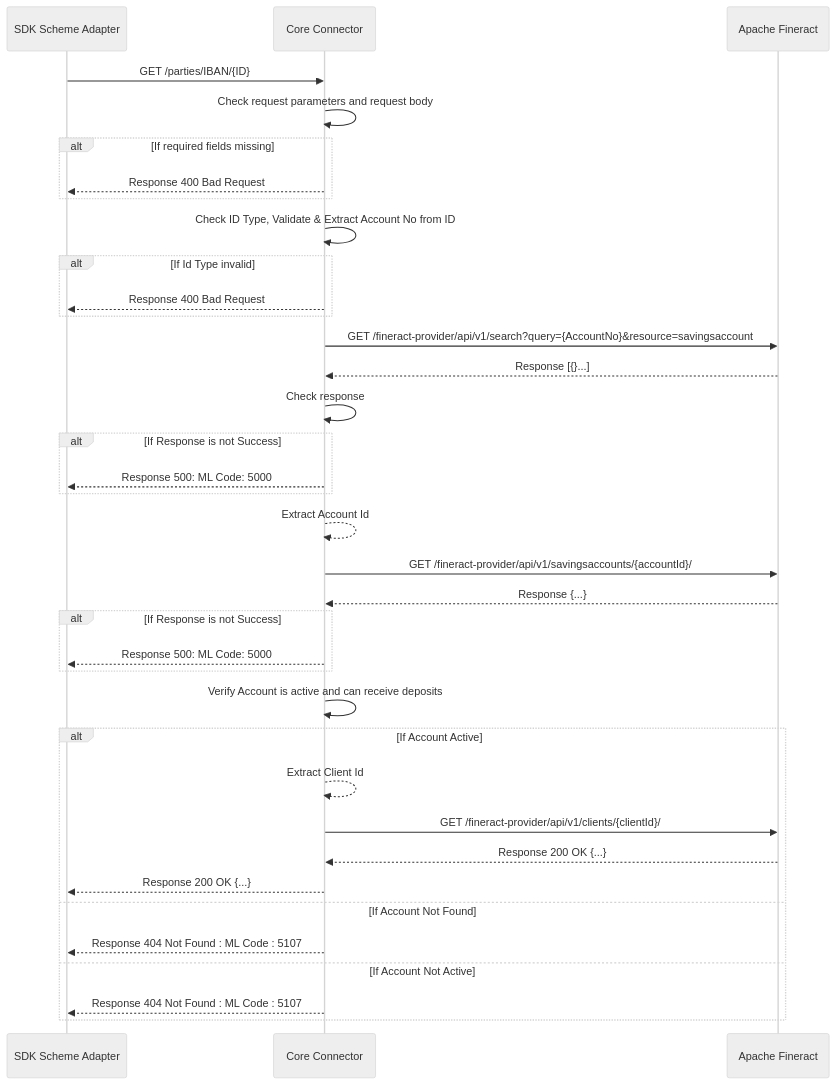
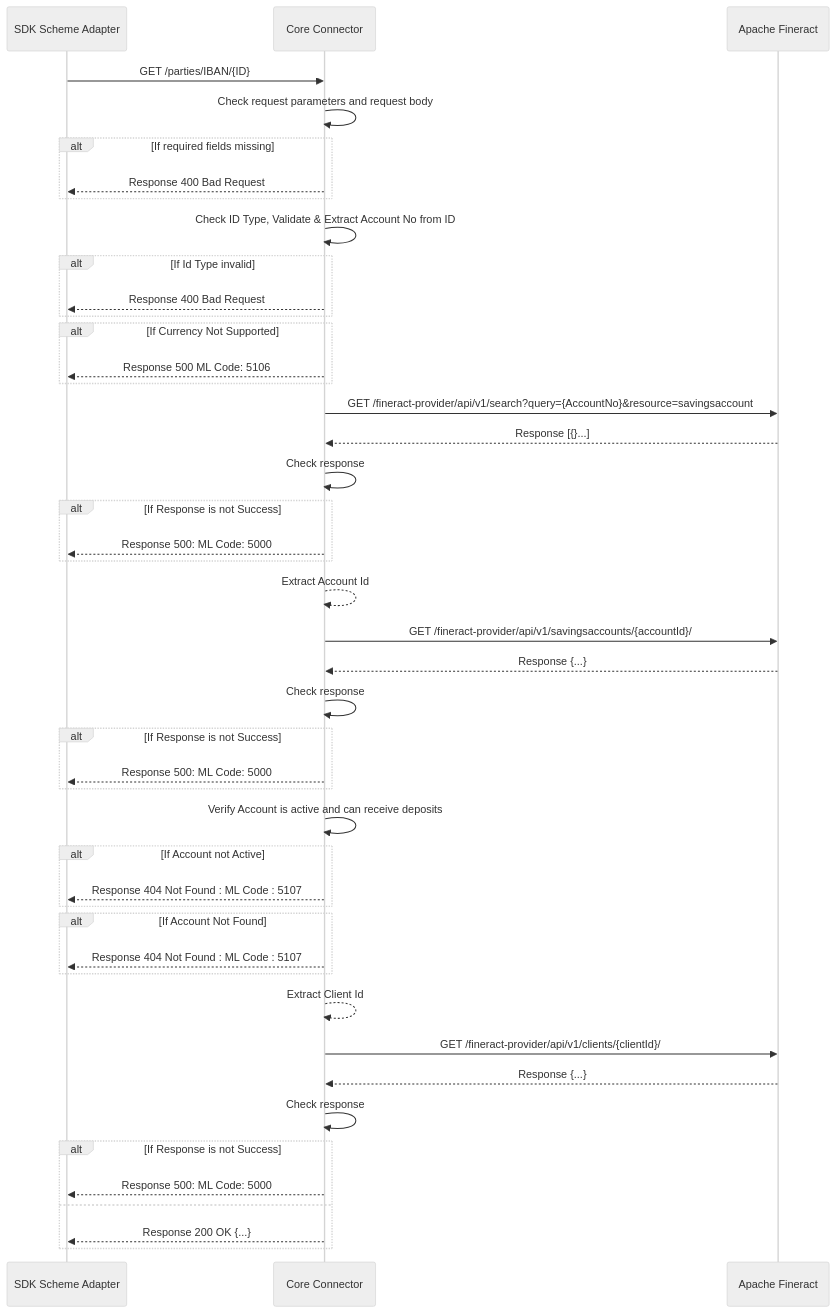
One commit to mojaloop/mifos-core-connector-docs changed the diagram in docs/PayeeGetParties.md. Above: the diagram before and after it, drawn with Mermaid (neutral theme).

````diff
--- a/docs/PayeeGetParties.md
+++ b/docs/PayeeGetParties.md
@@ -3,35 +3,46 @@
 ```mermaid
 sequenceDiagram
     SDK Scheme Adapter->>Core Connector: GET /parties/IBAN/{ID}
     Core Connector ->> Core Connector: Check request parameters and request body
     Alt If required fields missing
     Core Connector-->>SDK Scheme Adapter: Response 400 Bad Request
     End
     Core Connector->>Core Connector: Check ID Type, Validate & Extract Account No from ID
     Alt If Id Type invalid
     Core Connector-->>SDK Scheme Adapter: Response 400 Bad Request
     End
+    Alt If Currency Not Supported
+    Core Connector -->> SDK Scheme Adapter: Response 500 ML Code: 5106
+    End
     Core Connector->>Apache Fineract: GET /fineract-provider/api/v1/search?query={AccountNo}&resource=savingsaccount
     Apache Fineract-->>Core Connector: Response [{}...]
     Core Connector ->> Core Connector: Check response
     Alt If Response is not Success
     Core Connector -->> SDK Scheme Adapter: Response 500: ML Code: 5000
     End
     Core Connector-->>Core Connector: Extract Account Id
     Core Connector->>Apache Fineract: GET /fineract-provider/api/v1/savingsaccounts/{accountId}/
     Apache Fineract-->>Core Connector: Response {...}
+    Core Connector ->> Core Connector: Check response
     Alt If Response is not Success
     Core Connector -->> SDK Scheme Adapter: Response 500: ML Code: 5000
     End
     Core Connector->>Core Connector: Verify Account is active and can receive deposits
-    Alt If Account Active
+    Alt If Account not Active
+    Core Connector-->>SDK Scheme Adapter: Response 404 Not Found : ML Code : 5107
+    End
+    Alt If Account Not Found
+    Core Connector-->>SDK Scheme Adapter: Response 404 Not Found : ML Code : 5107
+    End
     Core Connector-->>Core Connector: Extract Client Id
     Core Connector->>Apache Fineract: GET /fineract-provider/api/v1/clients/{clientId}/
-    Apache Fineract-->>Core Connector: Response 200 OK {...}
+    Apache Fineract-->>Core Connector: Response {...}
+    Core Connector ->> Core Connector: Check response
+    Alt If Response is not Success
+    Core Connector -->> SDK Scheme Adapter: Response 500: ML Code: 5000
+    Else
     Core Connector-->>SDK Scheme Adapter: Response 200 OK {...}
-    Else If Account Not Found
-    Core Connector-->>SDK Scheme Adapter: Response 404 Not Found : ML Code : 5107
-    Else If Account Not Active
-    Core Connector-->>SDK Scheme Adapter: Response 404 Not Found : ML Code : 5107
     End
+
+    
 ```
````
